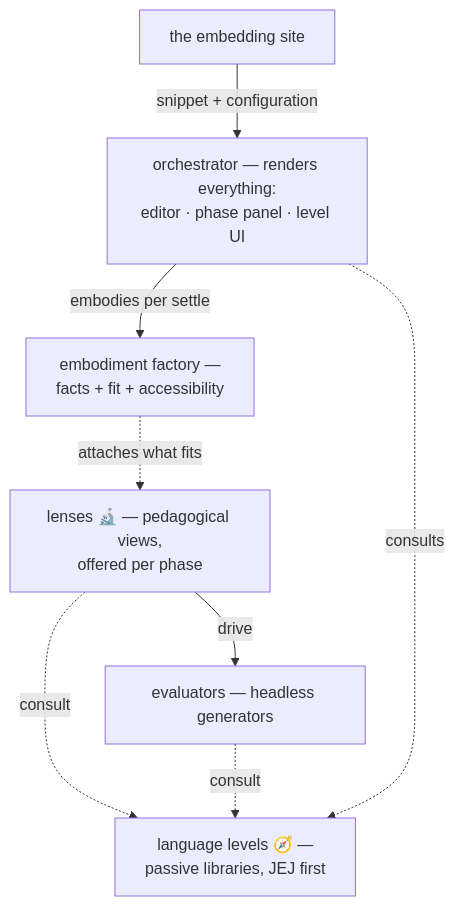
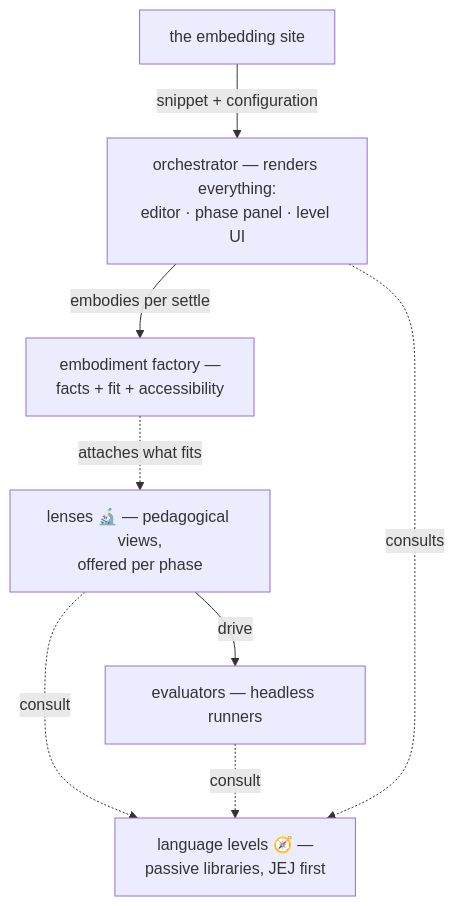
One commit to codeschoolinabox/curricula changed the fourth of 4 diagrams in src/lib/study-lenses/README.md. Above: the diagram before and after it, drawn with Mermaid. The commit also changed other lines of this file and 17 other files, not shown here.

````diff
--- a/src/lib/study-lenses/README.md
+++ b/src/lib/study-lenses/README.md
@@ -389,16 +402,16 @@
 ```mermaid
 flowchart TD
     host["the embedding site"]
     orch["orchestrator — renders everything:<br/>editor · phase panel · level UI"]
     emb["embodiment factory —<br/>facts + fit + accessibility"]
     lenses["lenses 🔬 — pedagogical views,<br/>offered per phase"]
-    evaluators["evaluators — headless generators"]
+    evaluators["evaluators — headless runners"]
     levels["language levels 🧭 —<br/>passive libraries, JEJ first"]
     host -->|"snippet + configuration"| orch
     orch -->|"embodies per settle"| emb
     emb -.->|"attaches what fits"| lenses
     lenses -->|"drive"| evaluators
     lenses -.->|"consult"| levels
     evaluators -.->|"consult"| levels
     orch -.->|"consults"| levels
 ```
````
